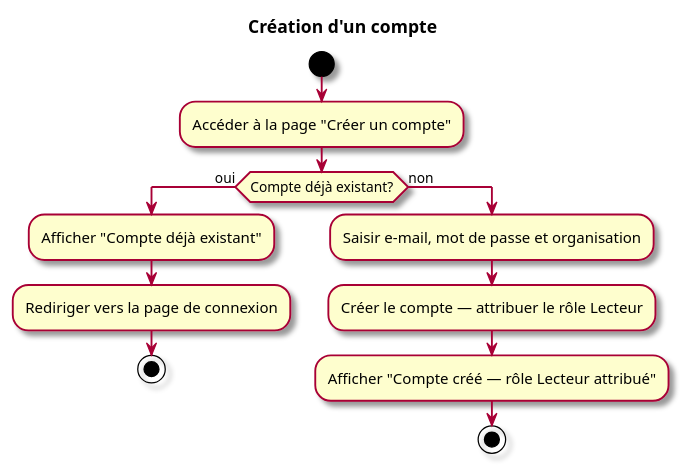
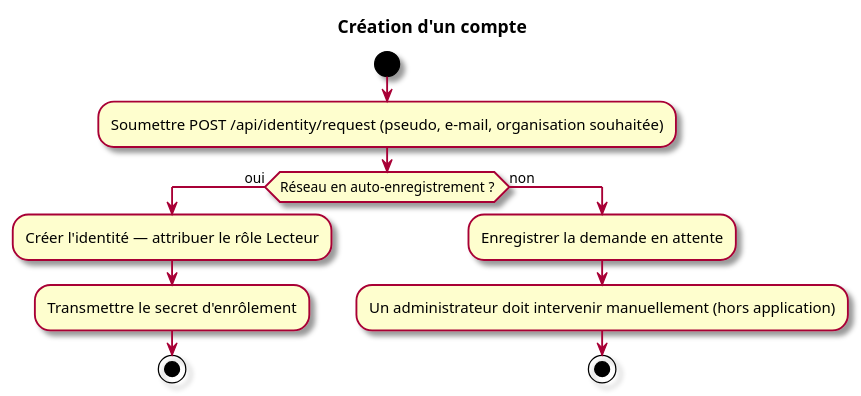
One commit to olivaux/myr changed the second of 2 diagrams in specs/1-Expression/UCA-Compte_et_Acces/UCA01.md. Above: the diagram before and after it, drawn with PlantUML. The commit also changed other lines of this file and 65 other files, not shown here.

````diff
--- a/specs/1-Expression/UCA-Compte_et_Acces/UCA01.md
+++ b/specs/1-Expression/UCA-Compte_et_Acces/UCA01.md
@@ -64,18 +73,17 @@
 ```plantuml
 @startuml
 skin rose
 title Création d'un compte
 start
-:Accéder à la page "Créer un compte";
-if (Compte déjà existant?) then (oui)
-  :Afficher "Compte déjà existant";
-  :Rediriger vers la page de connexion;
+:Soumettre POST /api/identity/request (pseudo, e-mail, organisation souhaitée);
+if (Réseau en auto-enregistrement ?) then (oui)
+  :Créer l'identité — attribuer le rôle Lecteur;
+  :Transmettre le secret d'enrôlement;
   stop
 else (non)
-  :Saisir e-mail, mot de passe et organisation;
-  :Créer le compte — attribuer le rôle Lecteur;
-  :Afficher "Compte créé — rôle Lecteur attribué";
+  :Enregistrer la demande en attente;
+  :Un administrateur doit intervenir manuellement (hors application);
   stop
 endif
 @enduml
 ```
````
